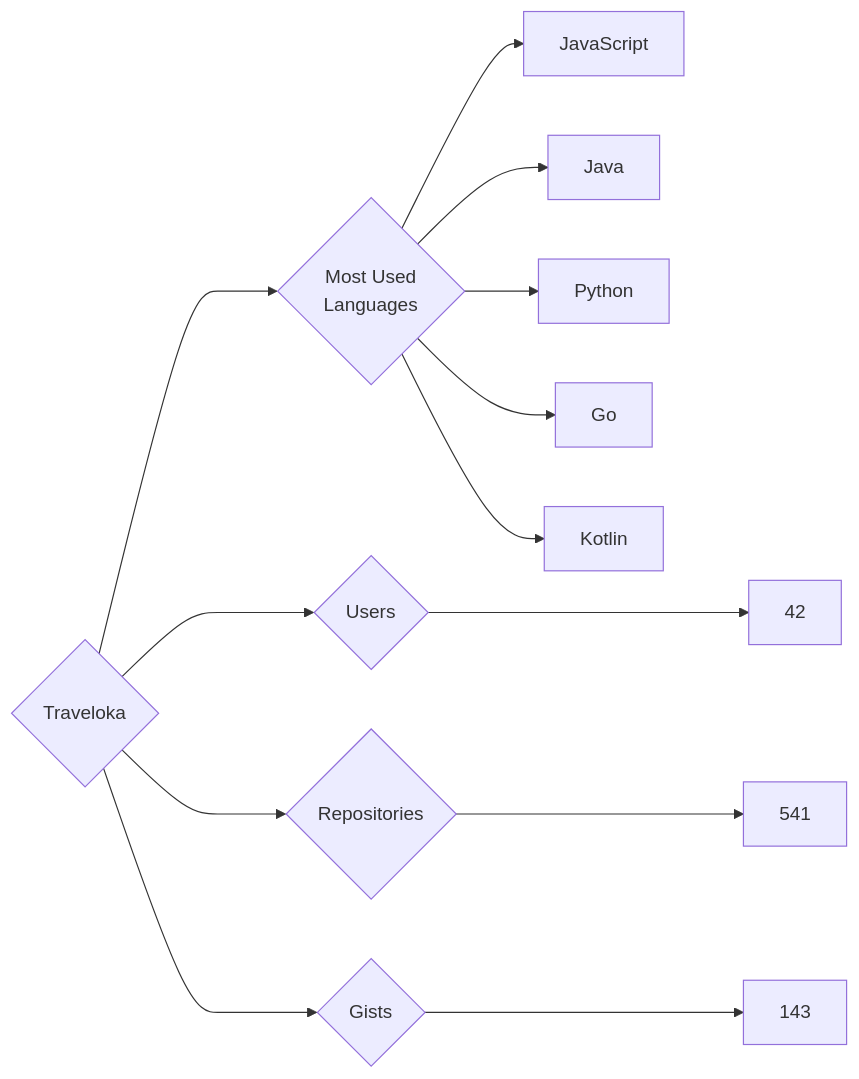
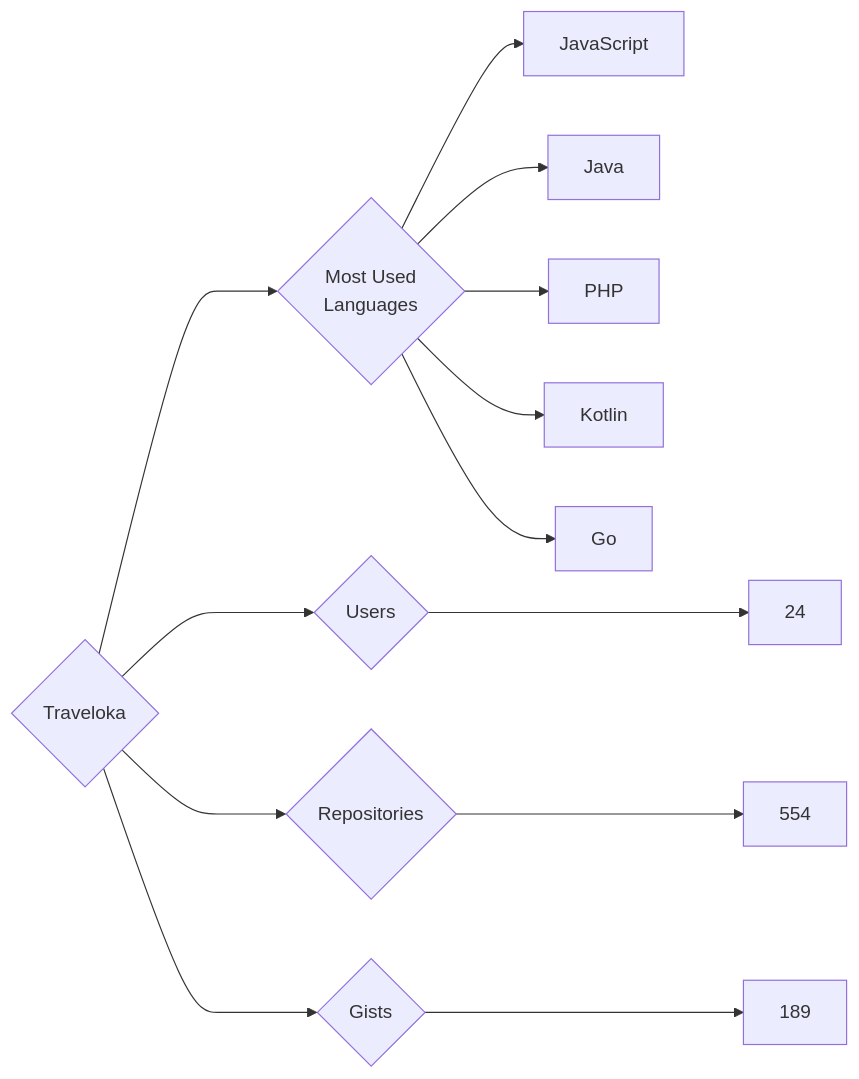
Before and after one commit to trickest/insiders: the diagram in targets/Traveloka/README.md, drawn with Mermaid. The commit also changed 794 other files, not shown here.

````diff
--- a/targets/Traveloka/README.md
+++ b/targets/Traveloka/README.md
@@ -3,13 +3,13 @@
 ```mermaid
 graph LR
 COMPANY_NAME{Traveloka}
-COMPANY_NAME ---> U{Users} ---> UN[42]
-COMPANY_NAME ---> R{Repositories} ---> RN[541]
-COMPANY_NAME ---> G{Gists} ---> GN[143]
+COMPANY_NAME ---> U{Users} ---> UN[24]
+COMPANY_NAME ---> R{Repositories} ---> RN[554]
+COMPANY_NAME ---> G{Gists} ---> GN[189]
 COMPANY_NAME ---> ML{Most Used<br>Languages}
 ML --> JavaScript[JavaScript]
 ML --> Java[Java]
-ML --> Python[Python]
+ML --> PHP[PHP]
+ML --> Kotlin[Kotlin]
 ML --> Go[Go]
-ML --> Kotlin[Kotlin]
 ```
````
